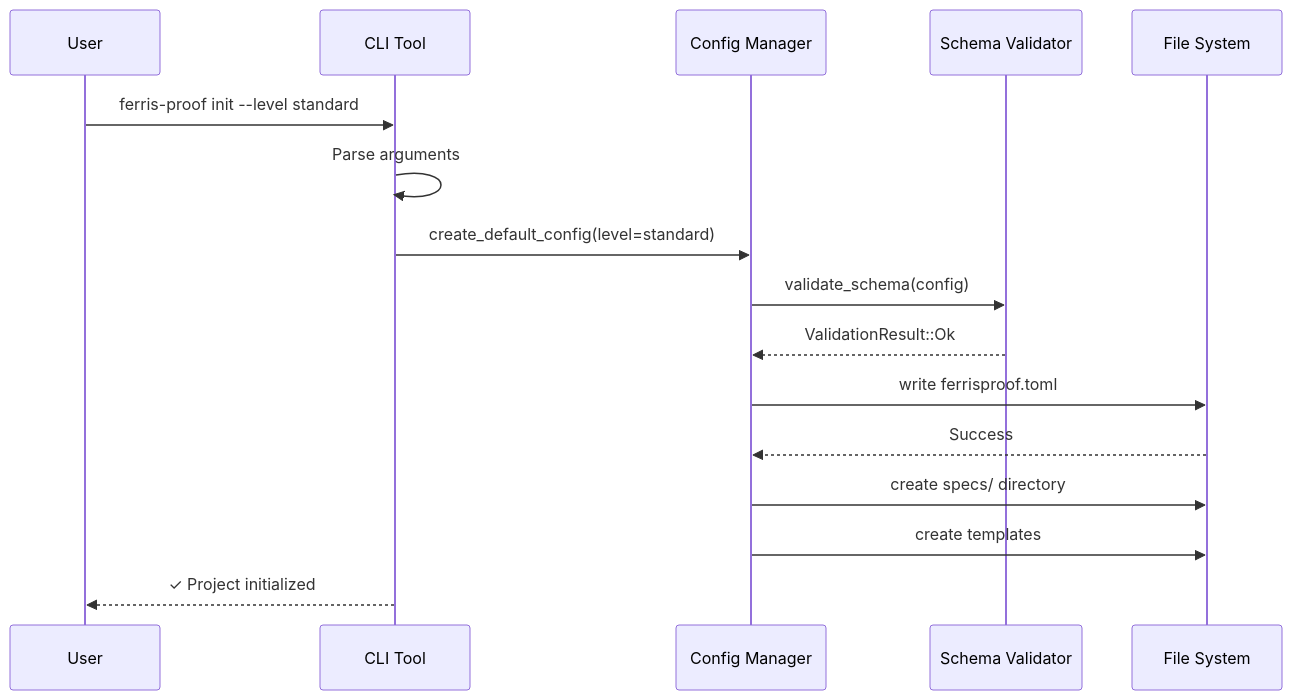
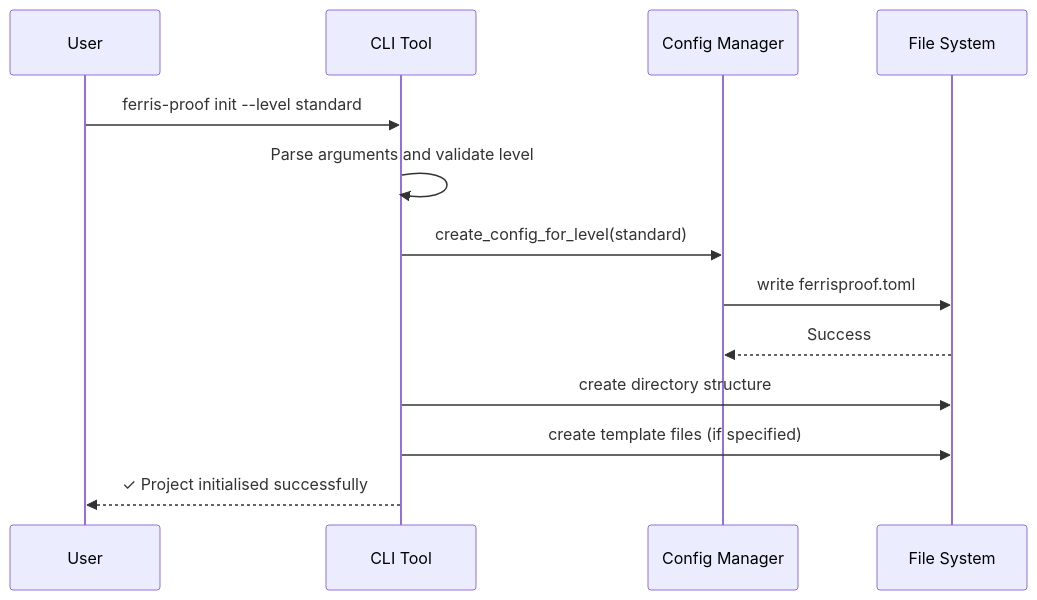
Before and after one commit to yumin-chen/ferris-proof: the third of 6 diagrams in ReadMe.md, drawn with Mermaid. The commit also changed other lines of this file, not shown here.

````diff
--- a/ReadMe.md
+++ b/ReadMe.md
@@ -384,19 +545,16 @@
 ```mermaid
 sequenceDiagram
     participant U as User
     participant CLI as CLI Tool
     participant CM as Config Manager
-    participant SV as Schema Validator
     participant FS as File System
 
     U->>CLI: ferris-proof init --level standard
-    CLI->>CLI: Parse arguments
-    CLI->>CM: create_default_config(level=standard)
-    CM->>SV: validate_schema(config)
-    SV-->>CM: ValidationResult::Ok
+    CLI->>CLI: Parse arguments and validate level
+    CLI->>CM: create_config_for_level(standard)
     CM->>FS: write ferrisproof.toml
     FS-->>CM: Success
-    CM->>FS: create specs/ directory
-    CM->>FS: create templates
-    CLI-->>U: ✓ Project initialized
+    CLI->>FS: create directory structure
+    CLI->>FS: create template files (if specified)
+    CLI-->>U: ✓ Project initialised successfully
 ```
````
